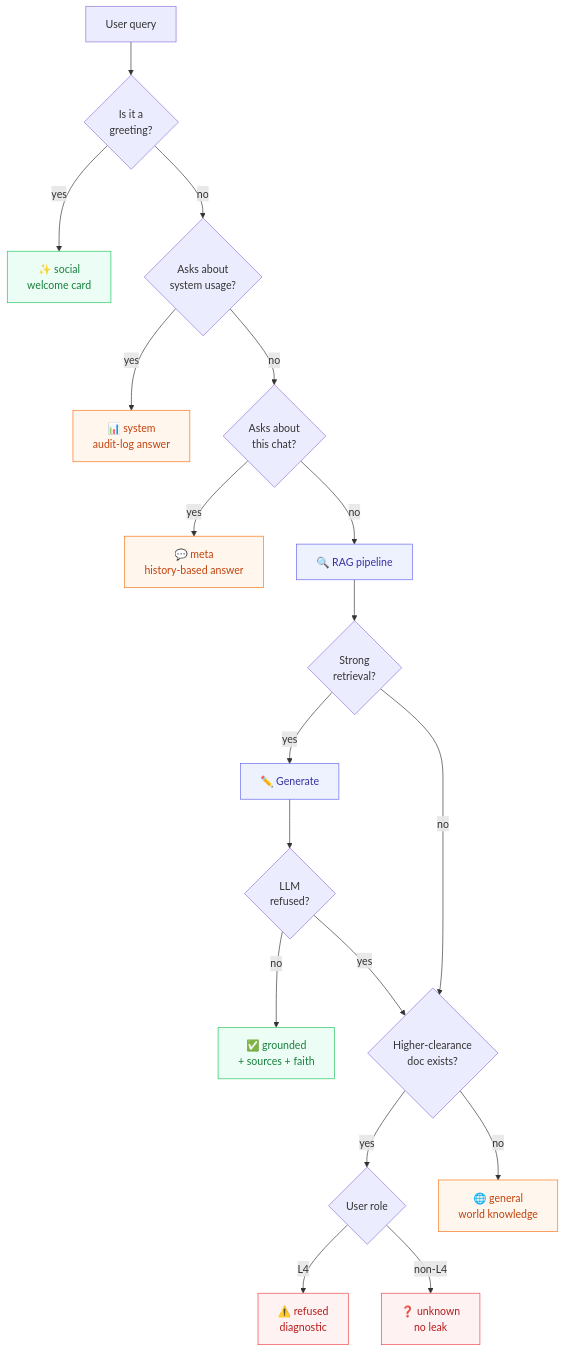
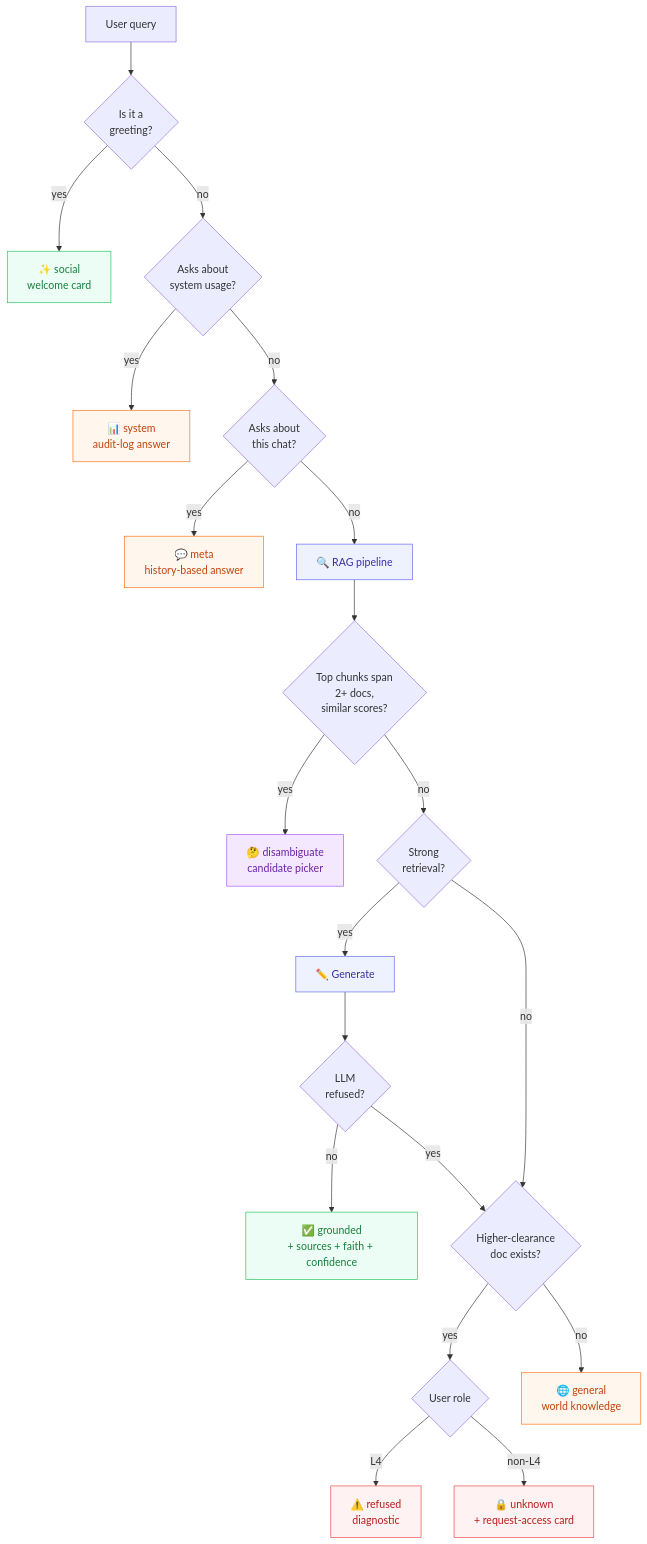
One commit to sumith1309/Prism-RAG changed the third of 6 diagrams in README.md. Above: the diagram before and after it, drawn with Mermaid. The commit also changed other lines of this file and 21 other files, not shown here.

````diff
--- a/README.md
+++ b/README.md
@@ -187,29 +194,33 @@
 ```mermaid
 flowchart TD
   Start["User query"] --> Social{"Is it a<br/>greeting?"}
   Social -- yes --> Welcome["✨ social<br/>welcome card"]
   Social -- no --> Sys{"Asks about<br/>system usage?"}
   Sys -- yes --> SysAns["📊 system<br/>audit-log answer"]
   Sys -- no --> Meta{"Asks about<br/>this chat?"}
   Meta -- yes --> MetaAns["💬 meta<br/>history-based answer"]
   Meta -- no --> Retrieve["🔍 RAG pipeline"]
-  Retrieve --> Strong{"Strong<br/>retrieval?"}
+  Retrieve --> Ambig{"Top chunks span<br/>2+ docs,<br/>similar scores?"}
+  Ambig -- yes --> DisAns["🤔 disambiguate<br/>candidate picker"]
+  Ambig -- no --> Strong{"Strong<br/>retrieval?"}
   Strong -- yes --> Generate["✏️ Generate"]
   Generate --> Refusal{"LLM<br/>refused?"}
-  Refusal -- no --> Grounded["✅ grounded<br/>+ sources + faith"]
+  Refusal -- no --> Grounded["✅ grounded<br/>+ sources + faith + confidence"]
   Refusal -- yes --> ProbeBox
   Strong -- no --> ProbeBox{"Higher-clearance<br/>doc exists?"}
   ProbeBox -- yes --> RoleCheck{"User role"}
   RoleCheck -- L4 --> RefAns["⚠️ refused<br/>diagnostic"]
-  RoleCheck -- non-L4 --> UnkAns["❓ unknown<br/>no leak"]
+  RoleCheck -- non-L4 --> UnkAns["🔒 unknown<br/>+ request-access card"]
   ProbeBox -- no --> GenAns["🌐 general<br/>world knowledge"]
 
   classDef hot fill:#fef2f2,stroke:#ef4444,color:#b91c1c;
   classDef warm fill:#fff7ed,stroke:#f97316,color:#c2410c;
   classDef cool fill:#ecfdf5,stroke:#22c55e,color:#15803d;
   classDef neutral fill:#eef2ff,stroke:#6366f1,color:#3730a3;
+  classDef agent fill:#f3e8ff,stroke:#a855f7,color:#6b21a8;
   class RefAns,UnkAns hot;
   class GenAns,MetaAns,SysAns warm;
   class Grounded,Welcome cool;
   class Retrieve,Generate neutral;
+  class DisAns agent;
 ```
````
